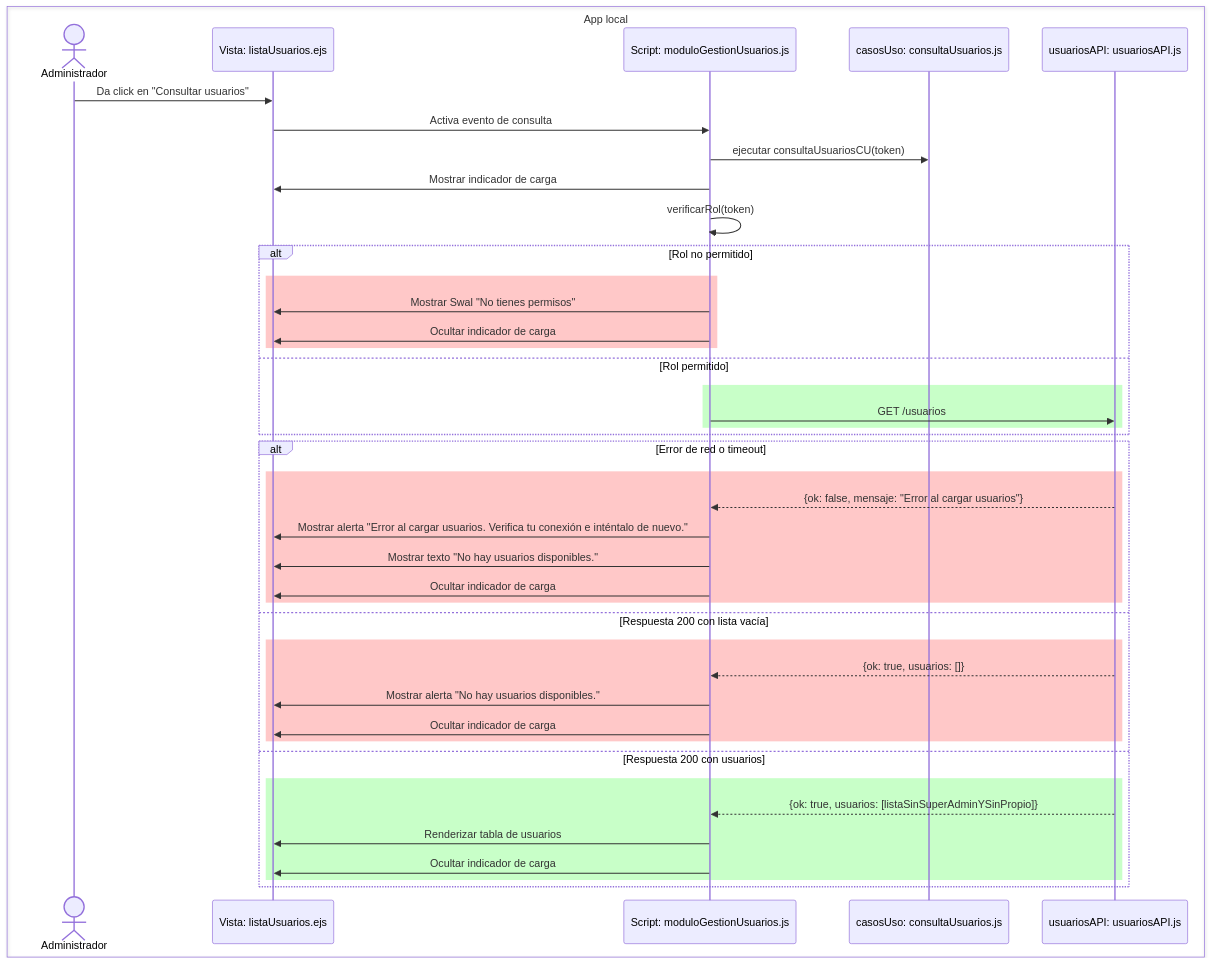
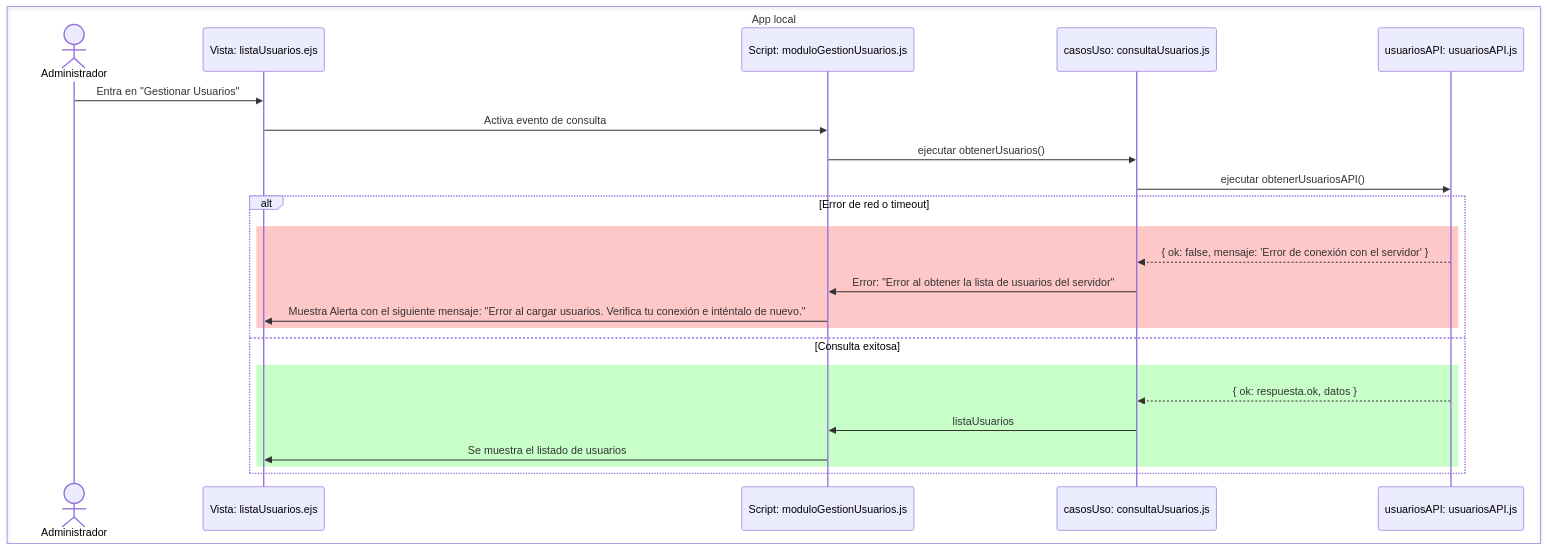
The first of 2 diagrams in documentation/docs/proyectos/tractores/documentacion/requisitos/RF15.md (CodeAnd-Co/Documentacion), drawn with Mermaid before and after one commit. The commit also changed other lines of this file, not shown here.

Commit message:
Diagrama de Secuencia para la Consulta de Usuarios

````diff
--- a/documentation/docs/proyectos/tractores/documentacion/requisitos/RF15.md
+++ b/documentation/docs/proyectos/tractores/documentacion/requisitos/RF15.md
@@ -25,52 +25,32 @@
 ```mermaid
 sequenceDiagram
   %% DIAGRAMA 1: APP LOCAL
 
   box App local
     actor Administrador as Administrador
     participant vistaUsuarios as Vista: listaUsuarios.ejs
     participant gestionUsuarios as Script: moduloGestionUsuarios.js
     participant consultaUsuariosCU as casosUso: consultaUsuarios.js
     participant consultaUsuariosAPI as usuariosAPI: usuariosAPI.js
   end
 
-  Administrador ->> vistaUsuarios: Da click en "Consultar usuarios"
+  Administrador ->> vistaUsuarios: Entra en "Gestionar Usuarios"
   vistaUsuarios ->> gestionUsuarios: Activa evento de consulta
-  gestionUsuarios ->> consultaUsuariosCU: ejecutar consultaUsuariosCU(token)
-  gestionUsuarios ->> vistaUsuarios: Mostrar indicador de carga
-
-  %% Validación en frontend: solo Admin/SuperAdmin pueden continuar
-  gestionUsuarios ->> gestionUsuarios: verificarRol(token)
-  alt Rol no permitido
-    rect rgb(255, 200, 200)
-      gestionUsuarios ->> vistaUsuarios: Mostrar Swal "No tienes permisos"
-      gestionUsuarios ->> vistaUsuarios: Ocultar indicador de carga
-    end
-  else Rol permitido
-    rect rgb(200, 255, 200)
-      gestionUsuarios ->> consultaUsuariosAPI: GET /usuarios
-    end
-  end
+  gestionUsuarios ->> consultaUsuariosCU: ejecutar obtenerUsuarios()
+  consultaUsuariosCU ->> consultaUsuariosAPI: ejecutar obtenerUsuariosAPI()
 
   %% Respuesta del API
   alt Error de red o timeout
     rect rgb(255, 200, 200)
-      consultaUsuariosAPI -->> gestionUsuarios: {ok: false, mensaje: "Error al cargar usuarios"}
-      gestionUsuarios ->> vistaUsuarios: Mostrar alerta "Error al cargar usuarios. Verifica tu conexión e inténtalo de nuevo."
-      gestionUsuarios ->> vistaUsuarios: Mostrar texto "No hay usuarios disponibles."
-      gestionUsuarios ->> vistaUsuarios: Ocultar indicador de carga
+      consultaUsuariosAPI -->> consultaUsuariosCU: { ok: false, mensaje: 'Error de conexión con el servidor' }
+      consultaUsuariosCU ->> gestionUsuarios: Error: "Error al obtener la lista de usuarios del servidor"
+      gestionUsuarios ->> vistaUsuarios: Muestra Alerta con el siguiente mensaje: "Error al cargar usuarios. Verifica tu conexión e inténtalo de nuevo."
     end
-  else Respuesta 200 con lista vacía
-    rect rgb(255, 200, 200)
-      consultaUsuariosAPI -->> gestionUsuarios: {ok: true, usuarios: []}
-      gestionUsuarios ->> vistaUsuarios: Mostrar alerta "No hay usuarios disponibles."
-      gestionUsuarios ->> vistaUsuarios: Ocultar indicador de carga
-    end
-  else Respuesta 200 con usuarios
+  else Consulta exitosa
     rect rgb(200, 255, 200)
-      consultaUsuariosAPI -->> gestionUsuarios: {ok: true, usuarios: [listaSinSuperAdminYSinPropio]}
-      gestionUsuarios ->> vistaUsuarios: Renderizar tabla de usuarios
-      gestionUsuarios ->> vistaUsuarios: Ocultar indicador de carga
+      consultaUsuariosAPI -->> consultaUsuariosCU: { ok: respuesta.ok, datos }
+      consultaUsuariosCU ->> gestionUsuarios: listaUsuarios
+      gestionUsuarios ->> vistaUsuarios: Se muestra el listado de usuarios
     end
   end
 ```
````
